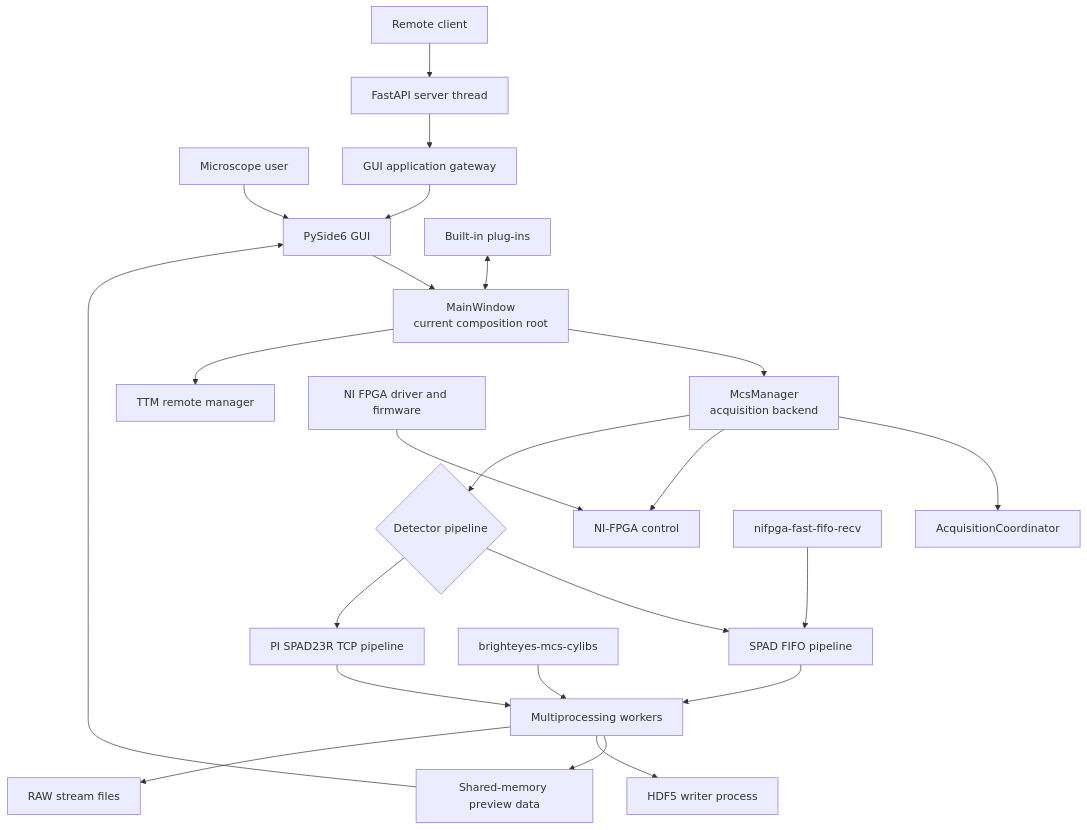
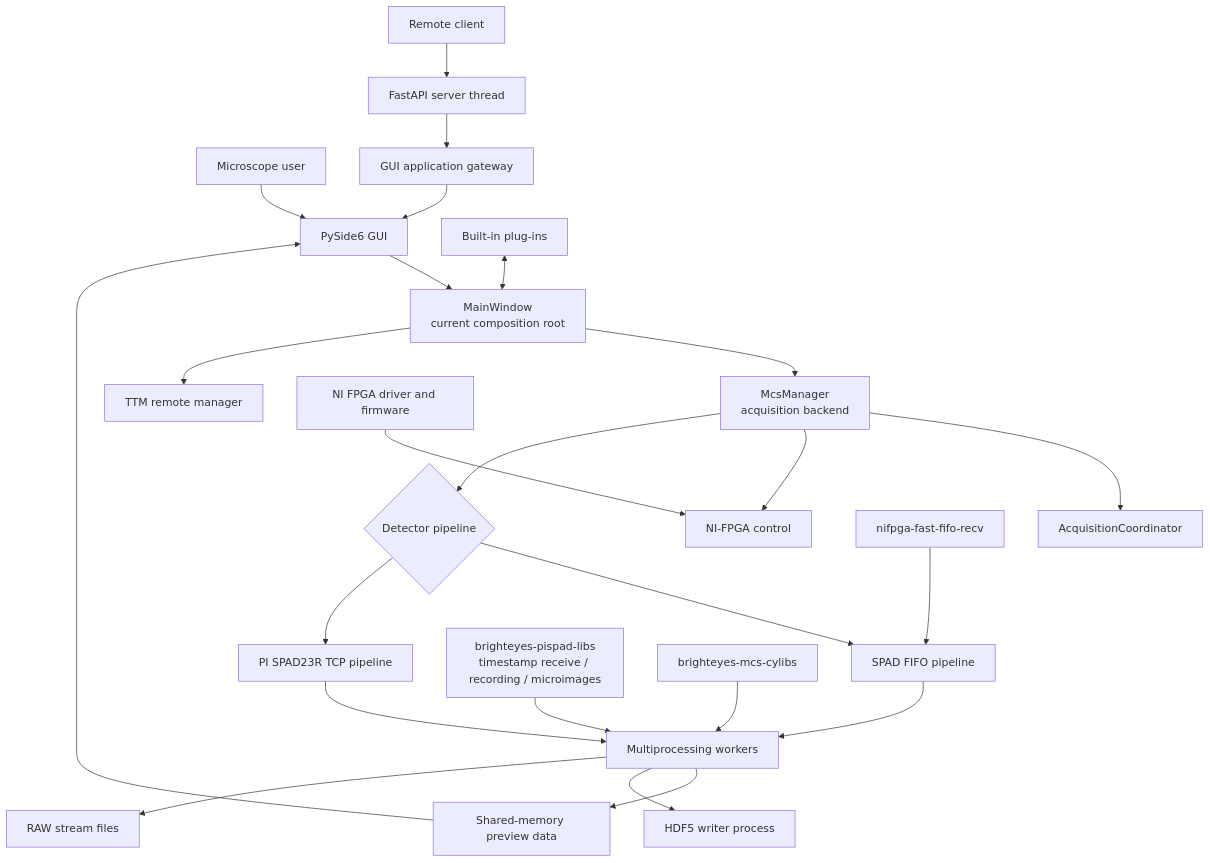
One commit to VicidominiLab/BrightEyes-MCS changed the first of 3 diagrams in docs/current-architecture.md. Above: the diagram before and after it, drawn with Mermaid. The commit also changed other lines of this file and 83 other files, not shown here.

````diff
--- a/docs/current-architecture.md
+++ b/docs/current-architecture.md
@@ -14,30 +14,31 @@
 ```mermaid
 flowchart TB
     User[Microscope user] --> Qt[PySide6 GUI]
     Remote[Remote client] --> REST[FastAPI server thread]
     REST --> Gateway[GUI application gateway]
     Gateway --> Qt
 
     Qt --> Main[MainWindow<br/>current composition root]
     Plugins[Built-in plug-ins] <--> Main
     Main --> Manager[McsManager<br/>acquisition backend]
     Main --> TTM[TTM remote manager]
 
     Manager --> Coordinator[AcquisitionCoordinator]
     Manager --> Hardware[NI-FPGA control]
     Manager --> Detector{Detector pipeline}
 
     Detector --> SPAD[SPAD FIFO pipeline]
     Detector --> PISPAD23[PI SPAD23R TCP pipeline]
     SPAD --> Workers[Multiprocessing workers]
     PISPAD23 --> Workers
+    PiTimestamp[brighteyes-pispad-libs<br/>timestamp receive / recording / microimages] --> Workers
 
     Workers --> Shared[Shared-memory preview data]
     Shared --> Qt
     Workers --> H5[HDF5 writer process]
     Workers --> RAW[RAW stream files]
 
     Cython[brighteyes-mcs-cylibs] --> Workers
     RustFIFO[nifpga-fast-fifo-recv] --> SPAD
     NIDriver[NI FPGA driver and firmware] --> Hardware
 ```
````
